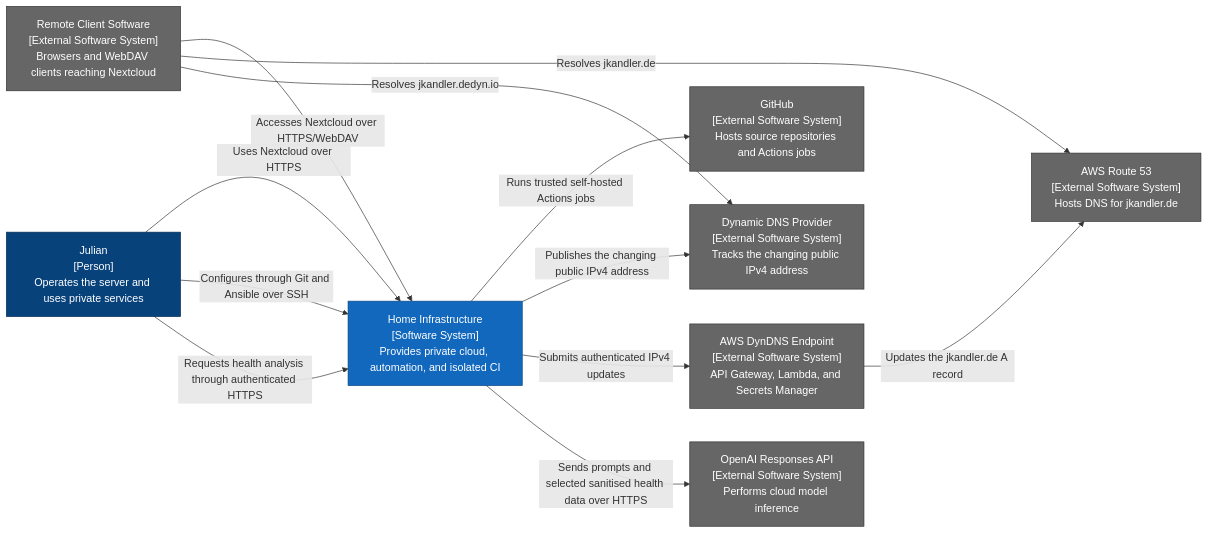
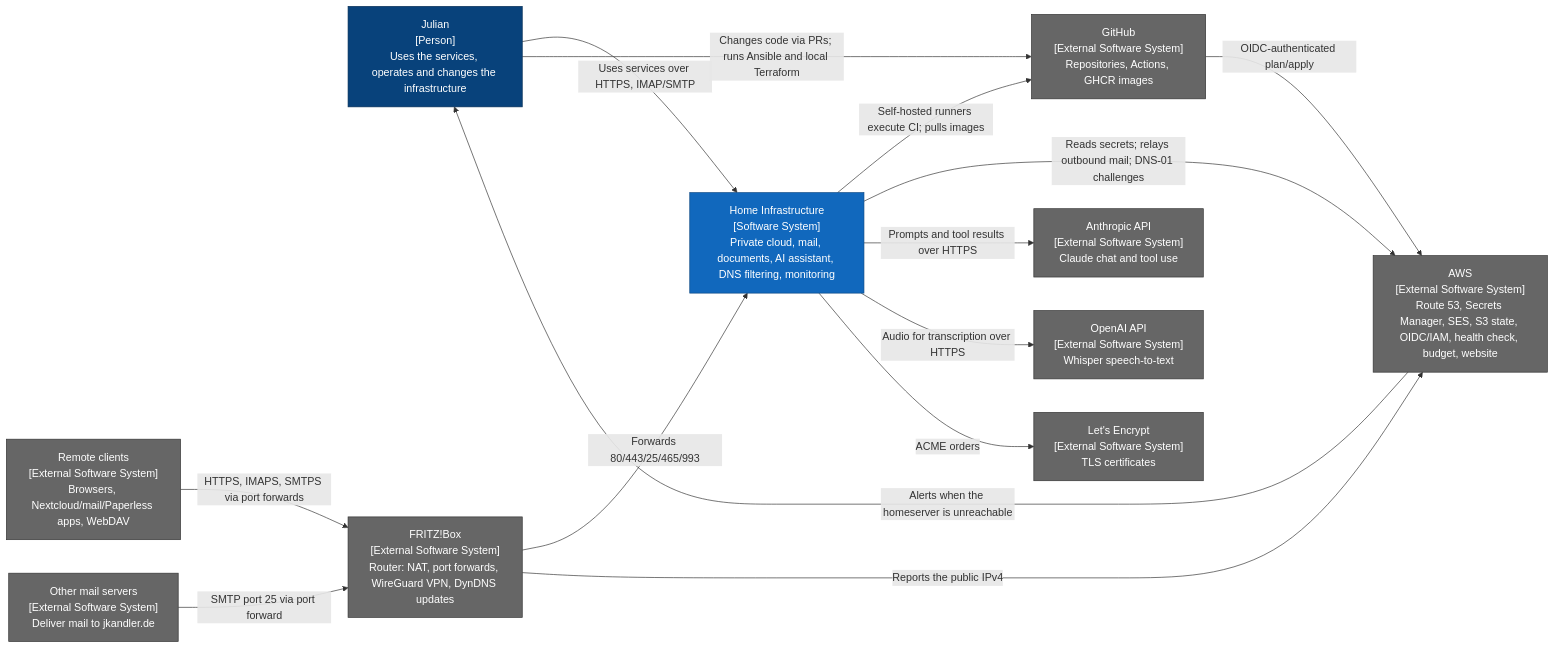
The diagram in docs/architecture/current/system-context.md (KandlerLi/home-infra-docs), drawn with Mermaid before and after one commit. The commit also changed other lines of this file and 15 other files, not shown here.

````diff
--- a/docs/architecture/current/system-context.md
+++ b/docs/architecture/current/system-context.md
@@ -7,30 +7,36 @@
 ```mermaid
 flowchart LR
-    person["Julian<br/>[Person]<br/>Operates the server and uses private services"]
-    home["Home Infrastructure<br/>[Software System]<br/>Provides private cloud, automation, and isolated CI"]
-    github["GitHub<br/>[External Software System]<br/>Hosts source repositories and Actions jobs"]
-    route53["AWS Route 53<br/>[External Software System]<br/>Hosts DNS for jkandler.de"]
-    aws_dyndns["AWS DynDNS Endpoint<br/>[External Software System]<br/>API Gateway, Lambda, and Secrets Manager"]
-    ddns["Dynamic DNS Provider<br/>[External Software System]<br/>Tracks the changing public IPv4 address"]
-    openai["OpenAI Responses API<br/>[External Software System]<br/>Performs cloud model inference"]
-    internet["Remote Client Software<br/>[External Software System]<br/>Browsers and WebDAV clients reaching Nextcloud"]
+    julian["Julian<br/>[Person]<br/>Uses the services, operates and changes the infrastructure"]
+    clients["Remote clients<br/>[External Software System]<br/>Browsers, Nextcloud/mail/Paperless apps, WebDAV"]
+    mailers["Other mail servers<br/>[External Software System]<br/>Deliver mail to jkandler.de"]
 
-    person -->|"Uses Nextcloud over HTTPS"| home
-    person -->|"Configures through Git and Ansible over SSH"| home
-    person -->|"Requests health analysis through authenticated HTTPS"| home
-    internet -->|"Accesses Nextcloud over HTTPS/WebDAV"| home
-    home -->|"Runs trusted self-hosted Actions jobs"| github
-    internet -->|"Resolves jkandler.de"| route53
-    internet -->|"Resolves jkandler.dedyn.io"| ddns
-    home -->|"Publishes the changing public IPv4 address"| ddns
-    home -->|"Submits authenticated IPv4 updates"| aws_dyndns
-    aws_dyndns -->|"Updates the jkandler.de A record"| route53
-    home -->|"Sends prompts and selected sanitised health data over HTTPS"| openai
+    home["Home Infrastructure<br/>[Software System]<br/>Private cloud, mail, documents, AI assistant, DNS filtering, monitoring"]
+
+    github["GitHub<br/>[External Software System]<br/>Repositories, Actions, GHCR images"]
+    aws["AWS<br/>[External Software System]<br/>Route 53, Secrets Manager, SES, S3 state, OIDC/IAM, health check, budget, website"]
+    anthropic["Anthropic API<br/>[External Software System]<br/>Claude chat and tool use"]
+    openai["OpenAI API<br/>[External Software System]<br/>Whisper speech-to-text"]
+    letsencrypt["Let's Encrypt<br/>[External Software System]<br/>TLS certificates"]
+    fritz["FRITZ!Box<br/>[External Software System]<br/>Router: NAT, port forwards, WireGuard VPN, DynDNS updates"]
+
+    julian -->|"Uses services over HTTPS, IMAP/SMTP"| home
+    julian -->|"Changes code via PRs; runs Ansible and local Terraform"| github
+    clients -->|"HTTPS, IMAPS, SMTPS via port forwards"| fritz
+    mailers -->|"SMTP port 25 via port forward"| fritz
+    fritz -->|"Forwards 80/443/25/465/993"| home
+    fritz -->|"Reports the public IPv4"| aws
+    home -->|"Self-hosted runners execute CI; pulls images"| github
+    github -->|"OIDC-authenticated plan/apply"| aws
+    home -->|"Reads secrets; relays outbound mail; DNS-01 challenges"| aws
+    home -->|"Prompts and tool results over HTTPS"| anthropic
+    home -->|"Audio for transcription over HTTPS"| openai
+    home -->|"ACME orders"| letsencrypt
+    aws -->|"Alerts when the homeserver is unreachable"| julian
 
     classDef person fill:#08427b,color:#fff,stroke:#052e56
     classDef system fill:#1168bd,color:#fff,stroke:#0b4884
     classDef external fill:#666,color:#fff,stroke:#333
-    class person person
+    class julian person
     class home system
-    class github,route53,aws_dyndns,ddns,openai,internet external
+    class clients,mailers,github,aws,anthropic,openai,letsencrypt,fritz external
 ```
````
